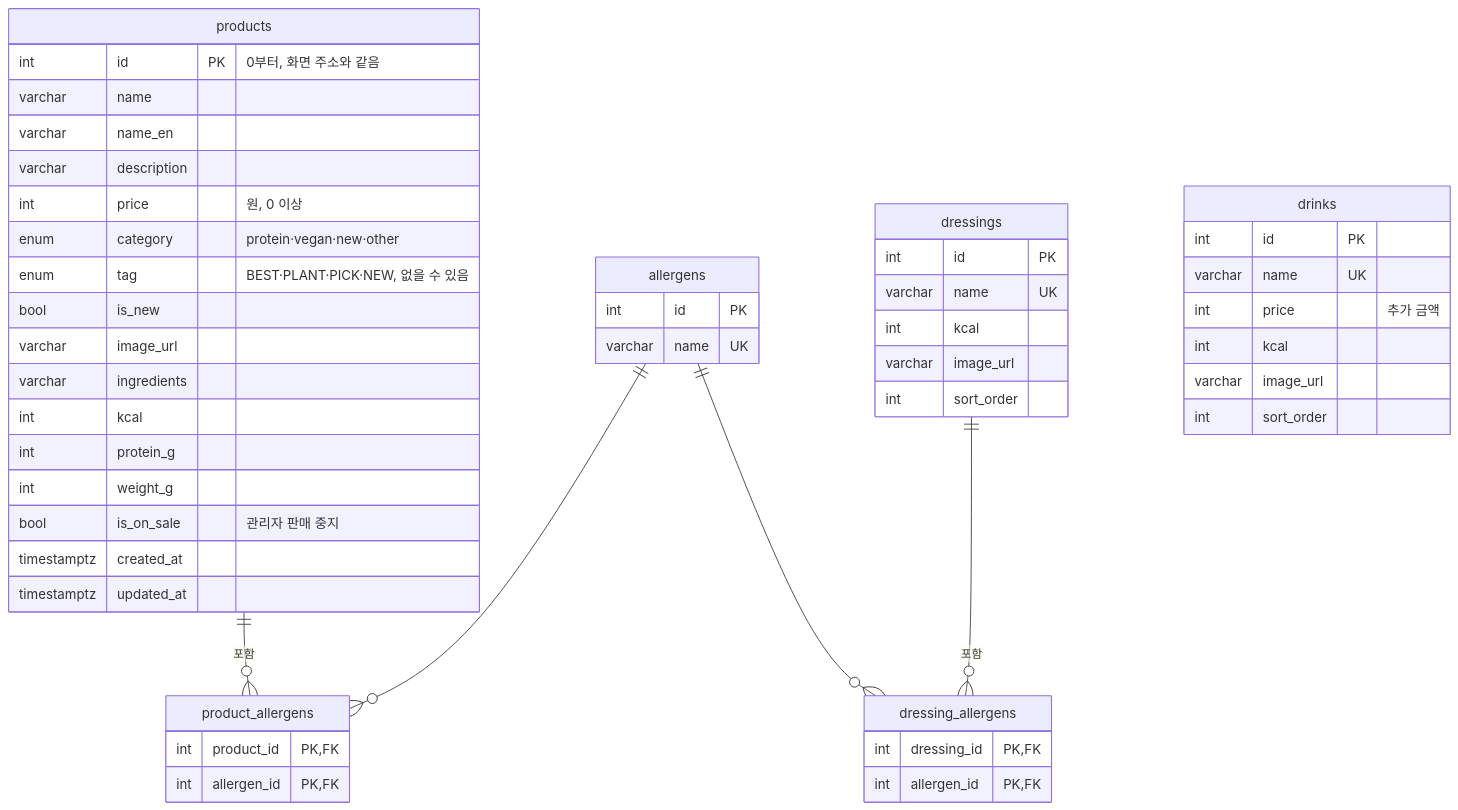
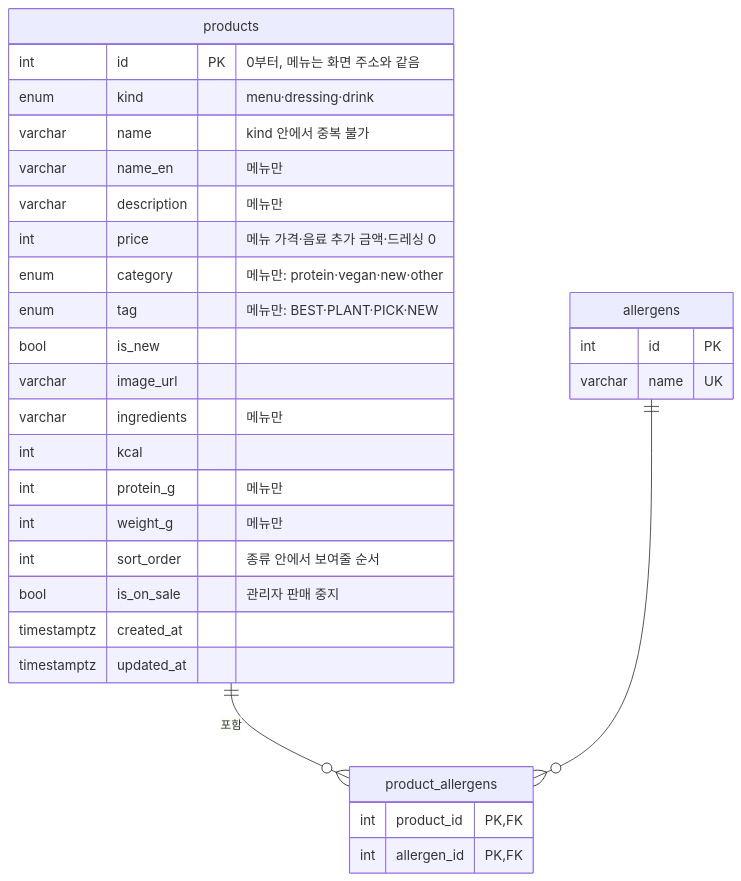
One commit to KANT-2/Front-5 changed the first of 2 diagrams in docs/db-design.md. Above: the diagram before and after it, drawn with Mermaid. The commit also changed other lines of this file and 2 other files, not shown here.

First line of the commit message:
refactor: 드레싱·음료를 products 테이블로 통합

````diff
--- a/docs/db-design.md
+++ b/docs/db-design.md
@@ -16,53 +16,34 @@
 ```mermaid
 erDiagram
   products ||--o{ product_allergens : "포함"
   allergens ||--o{ product_allergens : ""
-  dressings ||--o{ dressing_allergens : "포함"
-  allergens ||--o{ dressing_allergens : ""
 
   products {
-    int id PK "0부터, 화면 주소와 같음"
-    varchar name
-    varchar name_en
-    varchar description
-    int price "원, 0 이상"
-    enum category "protein·vegan·new·other"
-    enum tag "BEST·PLANT·PICK·NEW, 없을 수 있음"
+    int id PK "0부터, 메뉴는 화면 주소와 같음"
+    enum kind "menu·dressing·drink"
+    varchar name "kind 안에서 중복 불가"
+    varchar name_en "메뉴만"
+    varchar description "메뉴만"
+    int price "메뉴 가격·음료 추가 금액·드레싱 0"
+    enum category "메뉴만: protein·vegan·new·other"
+    enum tag "메뉴만: BEST·PLANT·PICK·NEW"
     bool is_new
     varchar image_url
-    varchar ingredients
+    varchar ingredients "메뉴만"
     int kcal
-    int protein_g
-    int weight_g
+    int protein_g "메뉴만"
+    int weight_g "메뉴만"
+    int sort_order "종류 안에서 보여줄 순서"
     bool is_on_sale "관리자 판매 중지"
     timestamptz created_at
     timestamptz updated_at
   }
   allergens {
     int id PK
     varchar name UK
   }
   product_allergens {
     int product_id PK,FK
     int allergen_id PK,FK
   }
-  dressings {
-    int id PK
-    varchar name UK
-    int kcal
-    varchar image_url
-    int sort_order
-  }
-  dressing_allergens {
-    int dressing_id PK,FK
-    int allergen_id PK,FK
-  }
-  drinks {
-    int id PK
-    varchar name UK
-    int price "추가 금액"
-    int kcal
-    varchar image_url
-    int sort_order
-  }
 ```
````
